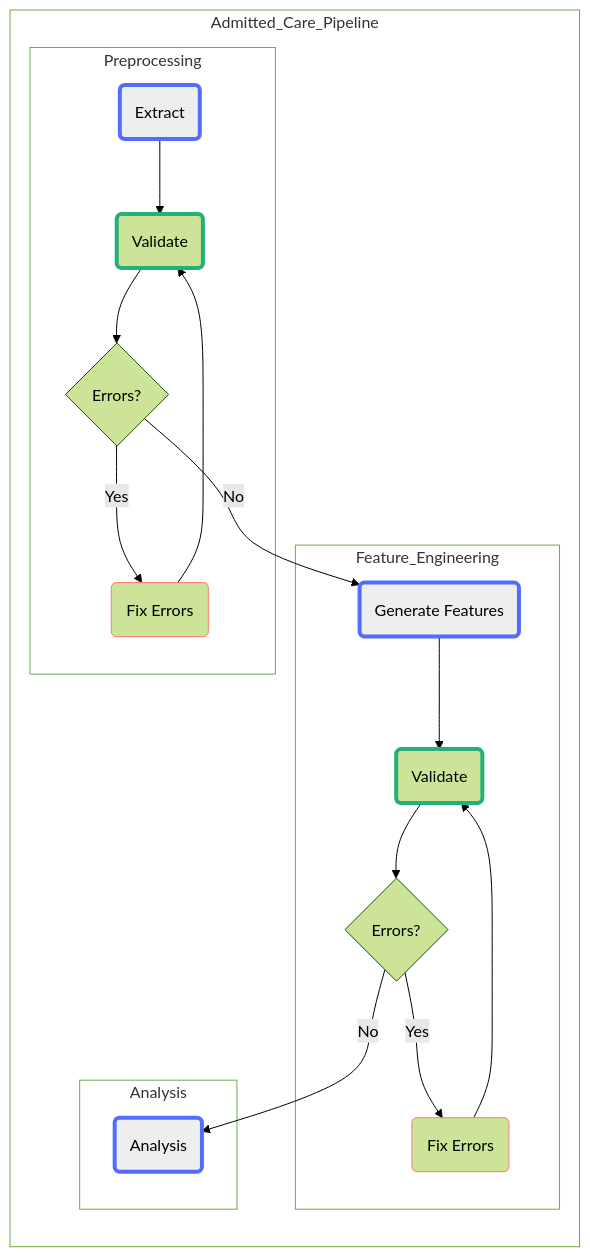
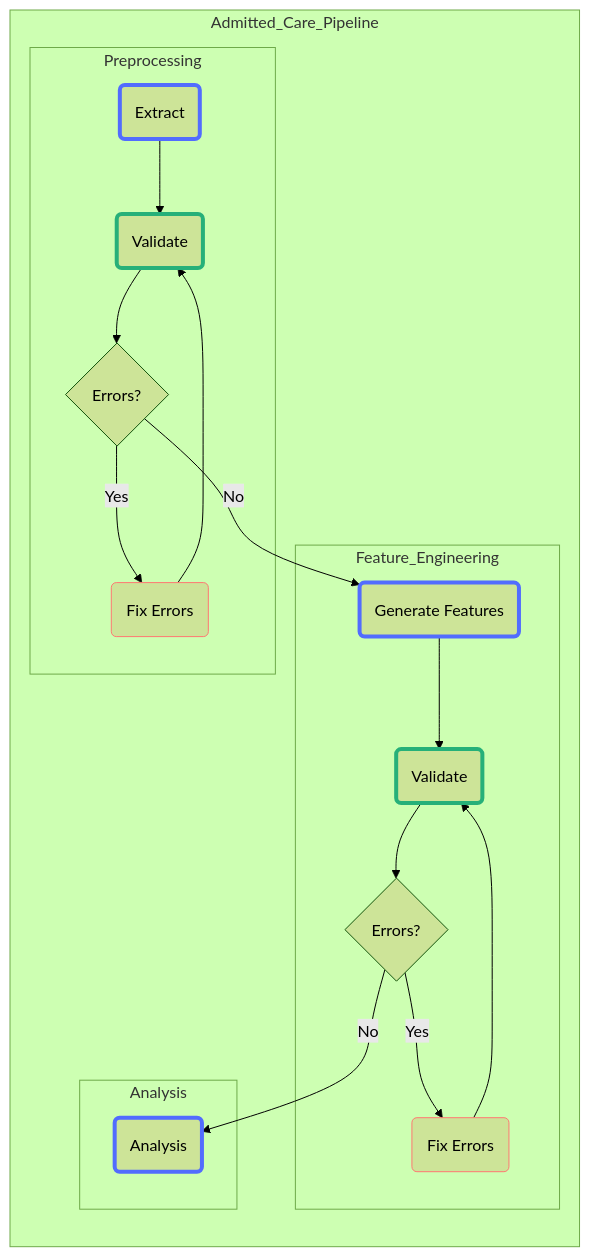
Before and after one commit to LTHTR-DST/hdruk_avoidable_admissions: the diagram in docs/pipeline.md, drawn with Mermaid (forest theme). The commit also changed 1 other file, not shown here.

Commit message:
Update docs style

````diff
--- a/docs/pipeline.md
+++ b/docs/pipeline.md
@@ -15,49 +15,44 @@
 ``` mermaid
 flowchart TB
     subgraph Admitted_Care_Pipeline
         direction TB
         subgraph Preprocessing
             A(Extract) --> B(Validate)
             B --> C{Errors?}
             C -->|Yes| D(Fix Errors)
             D --> B
         end
         subgraph Feature_Engineering
             C -->|No| E(Generate Features)
             E --> F(Validate)
             F --> G{Errors?}
             G -->|Yes| H(Fix Errors)
             H --> F
         end
         subgraph Analysis
             G -->|No| I(Analysis)
         end
     end
-    style A fill:#eee,stroke:#526cfe,stroke-width:4px
-    style E fill:#eee,stroke:#526cfe,stroke-width:4px
-    style I fill:#eee,stroke:#526cfe,stroke-width:4px
+    style A stroke:#526cfe,stroke-width:4px
+    style E stroke:#526cfe,stroke-width:4px
+    style I stroke:#526cfe,stroke-width:4px
 
-    style B stroke: #26b079, stroke-width:4px
-    style F stroke: #26b079, stroke-width:4px
+    style B stroke:#26b079, stroke-width:4px
+    style F stroke:#26b079, stroke-width:4px
 
-    style D stroke: #ff7872
-    style H stroke: #ff7872
+    style D stroke:#ff7872
+    style H stroke:#ff7872
 
-
-    style Admitted_Care_Pipeline fill:#fff
-    style Preprocessing fill: #fff
-    style Feature_Engineering fill: #fff
-    style Analysis fill: #fff
 
     click B "/hdruk_avoidable_admissions/validation/#avoidable_admissions.data.validate.validate_admitted_care_data"
     click F "/hdruk_avoidable_admissions/validation/#avoidable_admissions.data.validate.validate_admitted_care_features"
 
     click C "/hdruk_avoidable_admissions/validation/#avoidable_admissions.data.validate.validate_dataframe--validation-example"
     click G "/hdruk_avoidable_admissions/validation/#avoidable_admissions.data.validate.validate_dataframe--validation-example"
 
 
     click E "/hdruk_avoidable_admissions/features/#avoidable_admissions.features.build_features.build_admitted_care_features"
 
     click D "/hdruk_avoidable_admissions/validation/#fixing-errors"
 
 ```
````
